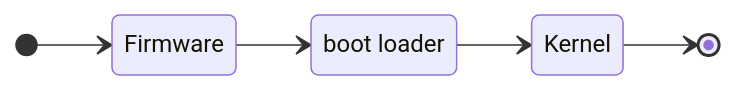
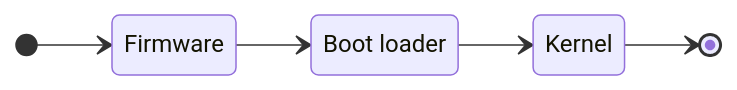
The first of 5 diagrams in lectures/6-booting-and-system-management-daemons.md (fglmtt/admin), drawn with Mermaid before and after one commit.

Commit message:
lecture 6: fix typo

````diff
--- a/lectures/6-booting-and-system-management-daemons.md
+++ b/lectures/6-booting-and-system-management-daemons.md
@@ -47,9 +47,9 @@
 ```mermaid
 stateDiagram 
     direction LR
-    bl: boot loader
+    bl: Boot loader
     [*] --> Firmware
     Firmware --> bl
     bl --> Kernel
     Kernel --> [*]
 ```
````
